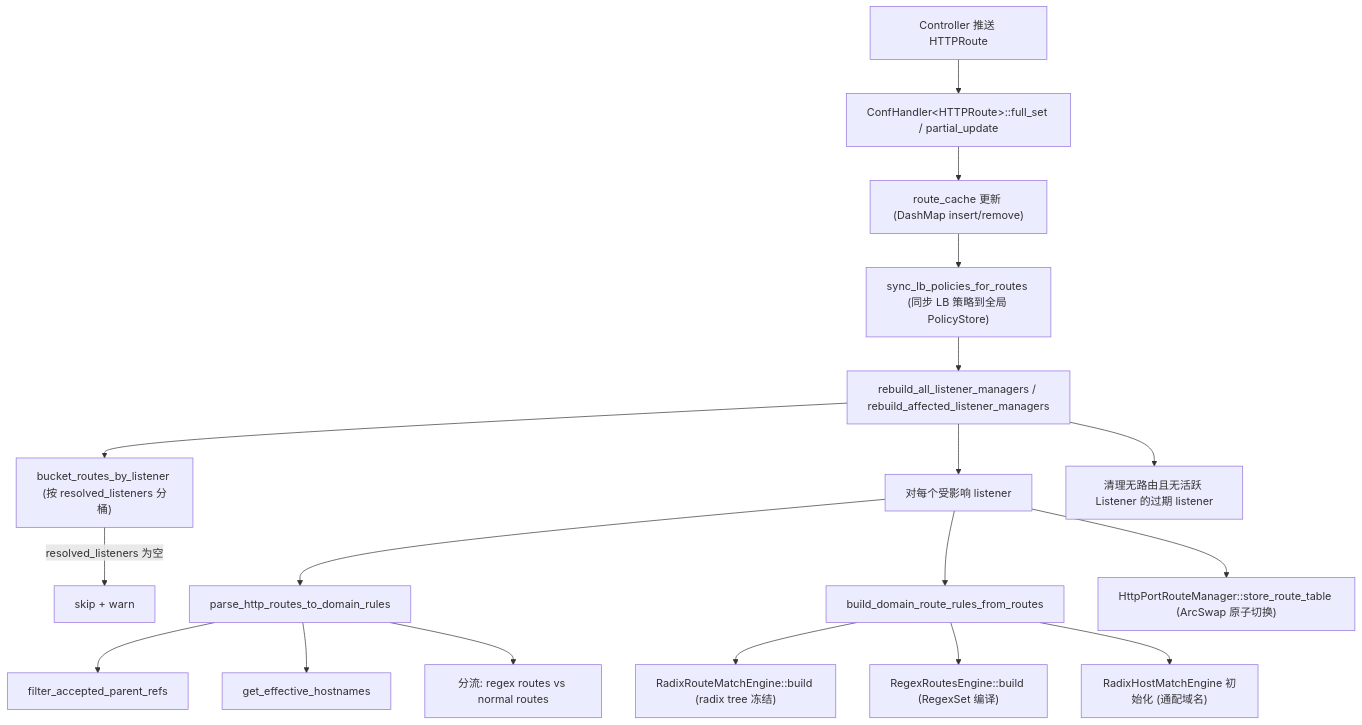
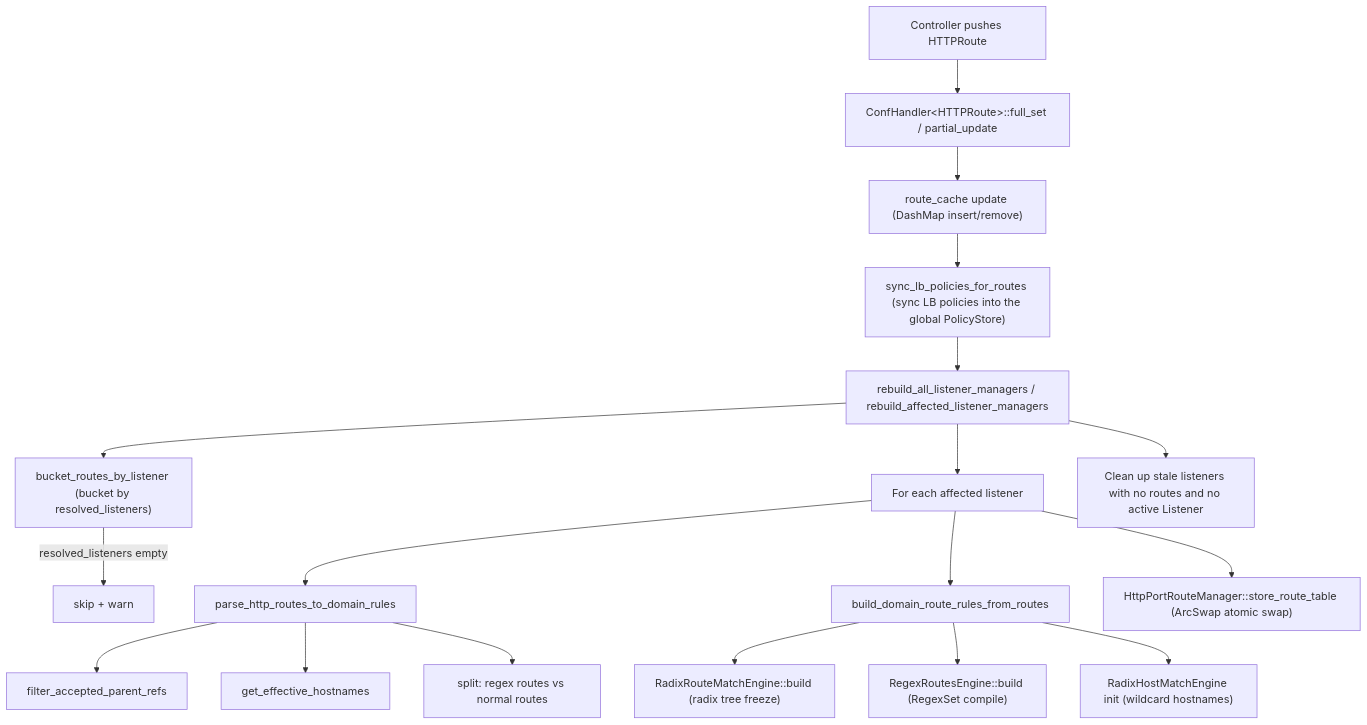
Before and after one commit to Pandaala/Edgion: the second of 2 diagrams in skills/01-architecture/02-gateway/03-routes/SKILL.md, drawn with Mermaid. The commit also changed other lines of this file and 1373 other files, not shown here.

````diff
--- a/skills/01-architecture/02-gateway/03-routes/SKILL.md
+++ b/skills/01-architecture/02-gateway/03-routes/SKILL.md
@@ -109,20 +119,20 @@
 ```mermaid
 flowchart TD
-    A["Controller 推送 HTTPRoute"] --> B["ConfHandler&lt;HTTPRoute&gt;::full_set / partial_update"]
-    B --> C["route_cache 更新 (DashMap insert/remove)"]
-    C --> D["sync_lb_policies_for_routes (同步 LB 策略到全局 PolicyStore)"]
+    A["Controller pushes HTTPRoute"] --> B["ConfHandler&lt;HTTPRoute&gt;::full_set / partial_update"]
+    B --> C["route_cache update (DashMap insert/remove)"]
+    C --> D["sync_lb_policies_for_routes (sync LB policies into the global PolicyStore)"]
     D --> E["rebuild_all_listener_managers / rebuild_affected_listener_managers"]
-    E --> F["bucket_routes_by_listener (按 resolved_listeners 分桶)"]
-    F -->|"resolved_listeners 为空"| F1["skip + warn"]
-    E --> G["对每个受影响 listener"]
+    E --> F["bucket_routes_by_listener (bucket by resolved_listeners)"]
+    F -->|"resolved_listeners empty"| F1["skip + warn"]
+    E --> G["For each affected listener"]
     G --> G1["parse_http_routes_to_domain_rules"]
     G1 --> G1a["filter_accepted_parent_refs"]
     G1 --> G1b["get_effective_hostnames"]
-    G1 --> G1c["分流: regex routes vs normal routes"]
+    G1 --> G1c["split: regex routes vs normal routes"]
     G --> G2["build_domain_route_rules_from_routes"]
-    G2 --> G2a["RadixRouteMatchEngine::build (radix tree 冻结)"]
-    G2 --> G2b["RegexRoutesEngine::build (RegexSet 编译)"]
-    G2 --> G2c["RadixHostMatchEngine 初始化 (通配域名)"]
-    G --> G3["HttpPortRouteManager::store_route_table (ArcSwap 原子切换)"]
-    E --> H["清理无路由且无活跃 Listener 的过期 listener"]
+    G2 --> G2a["RadixRouteMatchEngine::build (radix tree freeze)"]
+    G2 --> G2b["RegexRoutesEngine::build (RegexSet compile)"]
+    G2 --> G2c["RadixHostMatchEngine init (wildcard hostnames)"]
+    G --> G3["HttpPortRouteManager::store_route_table (ArcSwap atomic swap)"]
+    E --> H["Clean up stale listeners with no routes and no active Listener"]
 ```
````
